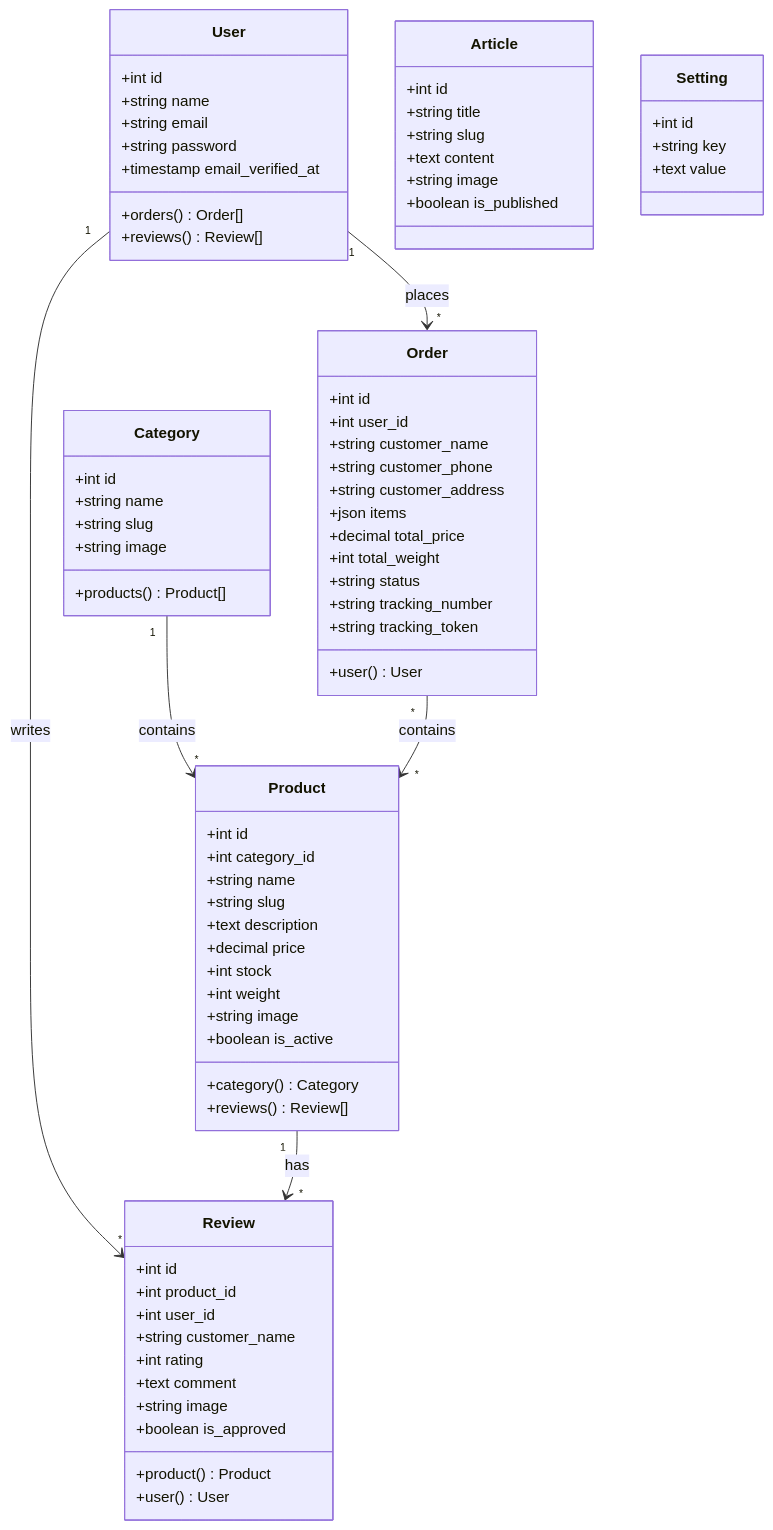
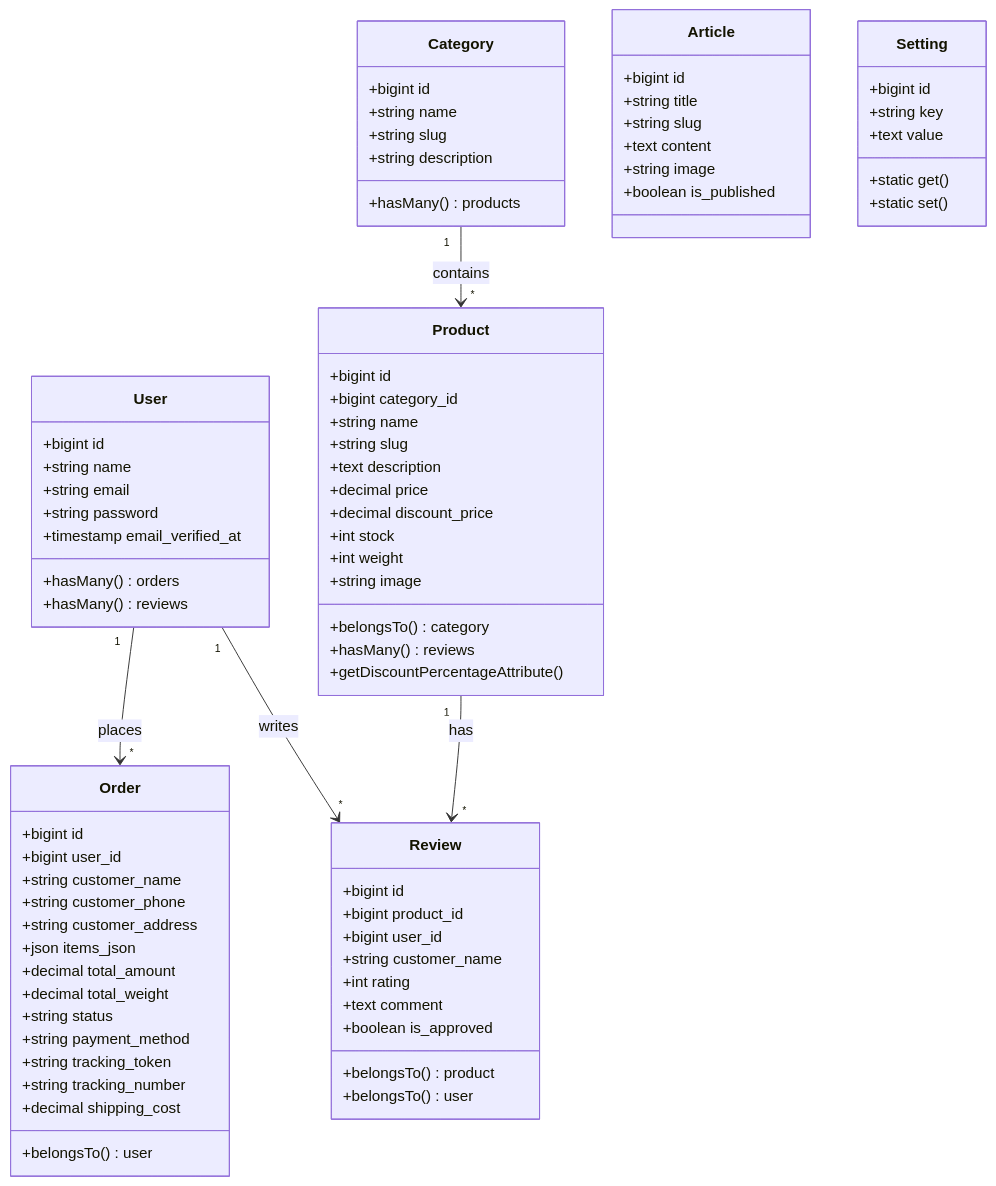
The fourth of 8 diagrams in docs/DESIGN.md (mustarisyahding07-spec/WEBSITE_SKRIPSI_MUSTARI), drawn with Mermaid before and after one commit. The commit also changed other lines of this file and 7 other files, not shown here.

````diff
--- a/docs/DESIGN.md
+++ b/docs/DESIGN.md
@@ -216,84 +248,87 @@
 ```mermaid
 classDiagram
     class User {
-        +int id
+        +bigint id
         +string name
         +string email
         +string password
         +timestamp email_verified_at
-        +orders() Order[]
-        +reviews() Review[]
+        +hasMany() orders
+        +hasMany() reviews
     }
-
+    
+    class Category {
+        +bigint id
+        +string name
+        +string slug
+        +string description
+        +hasMany() products
+    }
+    
     class Product {
-        +int id
-        +int category_id
+        +bigint id
+        +bigint category_id
         +string name
         +string slug
         +text description
         +decimal price
+        +decimal discount_price
         +int stock
         +int weight
         +string image
-        +boolean is_active
-        +category() Category
-        +reviews() Review[]
+        +belongsTo() category
+        +hasMany() reviews
+        +getDiscountPercentageAttribute()
     }
-
-    class Category {
-        +int id
-        +string name
-        +string slug
-        +string image
-        +products() Product[]
-    }
-
+    
     class Order {
-        +int id
-        +int user_id
+        +bigint id
+        +bigint user_id
         +string customer_name
         +string customer_phone
         +string customer_address
-        +json items
-        +decimal total_price
-        +int total_weight
+        +json items_json
+        +decimal total_amount
+        +decimal total_weight
         +string status
+        +string payment_method
+        +string tracking_token
         +string tracking_number
-        +string tracking_token
-        +user() User
+        +decimal shipping_cost
+        +belongsTo() user
     }
-
+    
     class Review {
-        +int id
-        +int product_id
-        +int user_id
+        +bigint id
+        +bigint product_id
+        +bigint user_id
         +string customer_name
         +int rating
         +text comment
-        +string image
         +boolean is_approved
-        +product() Product
-        +user() User
+        +belongsTo() product
+        +belongsTo() user
     }
-
+    
     class Article {
-        +int id
+        +bigint id
         +string title
         +string slug
         +text content
         +string image
         +boolean is_published
     }
-
+    
     class Setting {
-        +int id
+        +bigint id
         +string key
         +text value
+        +static get()
+        +static set()
     }
-
+    
     User "1" --> "*" Order : places
     User "1" --> "*" Review : writes
     Category "1" --> "*" Product : contains
     Product "1" --> "*" Review : has
-    Order "*" --> "*" Product : contains
 ```
````
